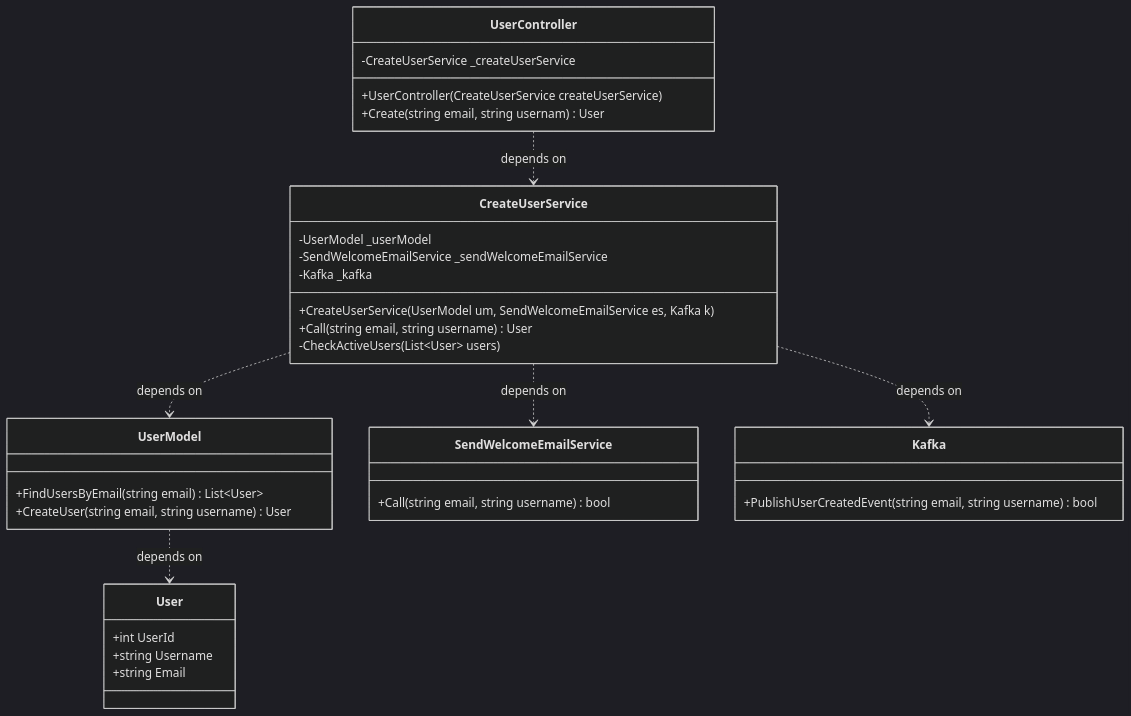
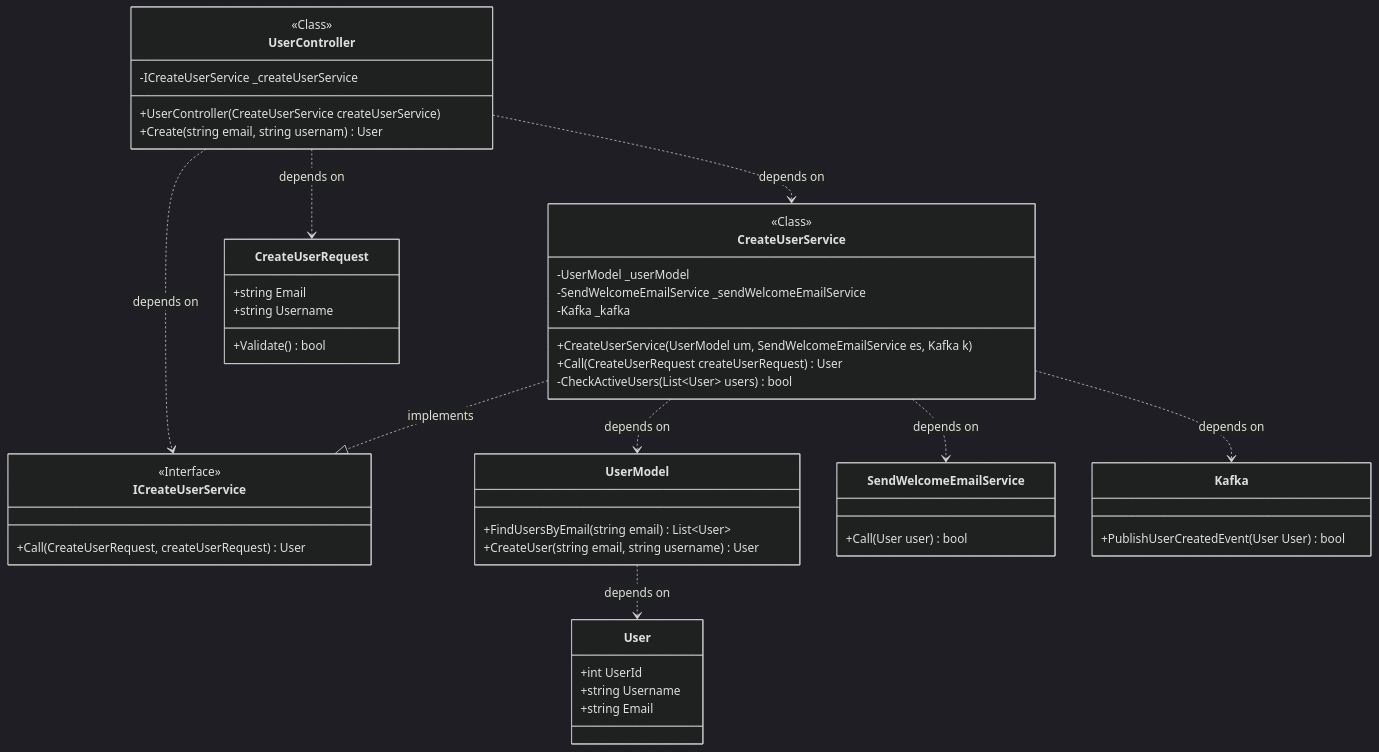
Before and after one commit to adamwoolhether/digramming: the diagram in classDiagram.mermaid, drawn with Mermaid (dark theme).

Commit message:
class diagrams refactoring part

```diff
--- a/classDiagram.mermaid
+++ b/classDiagram.mermaid
@@ -1,41 +1,95 @@
 classDiagram
 %%    class CLassName {
 %%      -PropertyType propertyName
 %%      +MethodName(MethodParamType methodParam) ReturnType
 %%    }
 %%    Visibility (private/public) is determined with `-` / `+`.
     class UserController {
-        -CreateUserService _createUserService
+        <<Class>>
+        -ICreateUserService _createUserService
         +UserController(CreateUserService createUserService)
         +Create(string email, string usernam) User
     }
+    class ICreateUserService {
+        <<Interface>>
+        +Call(CreateUserRequest, createUserRequest) User
+    }
     class CreateUserService {
+        <<Class>>
         -UserModel _userModel
         -SendWelcomeEmailService _sendWelcomeEmailService
         -Kafka _kafka
         +CreateUserService(UserModel um, SendWelcomeEmailService es, Kafka k)
-        +Call(string email, string username) User
-        -CheckActiveUsers(List~User~ users)
+        +Call(CreateUserRequest createUserRequest) User
+        -CheckActiveUsers(List~User~ users) bool
+    }
+    class CreateUserRequest {
+        +string Email
+        +string Username
+
+        +Validate() bool
     }
     class UserModel {
         +FindUsersByEmail(string email) List~User~
         +CreateUser(string email, string username) User
     }
     class User {
         +int UserId
         +string Username
         +string Email
     }
     class SendWelcomeEmailService {
-        +Call(string email, string username) bool
+        +Call(User user) bool
     }
     class Kafka {
-        +PublishUserCreatedEvent(string email, string username) bool
+        +PublishUserCreatedEvent(User User) bool
     }
 
 %%    Define dependencies with `..>`, where `>` points to the dependent.
+    UserController ..> ICreateUserService: depends on
+    CreateUserService ..|> ICreateUserService: implements
+    UserController ..> CreateUserRequest: depends on
     UserController ..> CreateUserService: depends on
     CreateUserService ..> UserModel: depends on
     UserModel ..> User: depends on
     CreateUserService ..> SendWelcomeEmailService: depends on
     CreateUserService ..> Kafka: depends on
+
+
+
+%%    PRE REFACTOR
+%%    class UserController {
+%%        -CreateUserService _createUserService
+%%        +UserController(CreateUserService createUserService)
+%%        +Create(string email, string usernam) User
+%%    }
+%%    class CreateUserService {
+%%        -UserModel _userModel
+%%        -SendWelcomeEmailService _sendWelcomeEmailService
+%%        -Kafka _kafka
+%%        +CreateUserService(UserModel um, SendWelcomeEmailService es, Kafka k)
+%%        +Call(string email, string username) User
+%%        -CheckActiveUsers(List~User~ users)
+%%    }
+%%    class UserModel {
+%%        +FindUsersByEmail(string email) List~User~
+%%        +CreateUser(string email, string username) User
+%%    }
+%%    class User {
+%%        +int UserId
+%%        +string Username
+%%        +string Email
+%%    }
+%%    class SendWelcomeEmailService {
+%%        +Call(string email, string username) bool
+%%    }
+%%    class Kafka {
+%%        +PublishUserCreatedEvent(string email, string username) bool
+%%    }
+%%
+%%%%    Define dependencies with `..>`, where `>` points to the dependent.
+%%    UserController ..> CreateUserService: depends on
+%%    CreateUserService ..> UserModel: depends on
+%%    UserModel ..> User: depends on
+%%    CreateUserService ..> SendWelcomeEmailService: depends on
+%%    CreateUserService ..> Kafka: depends on
```
